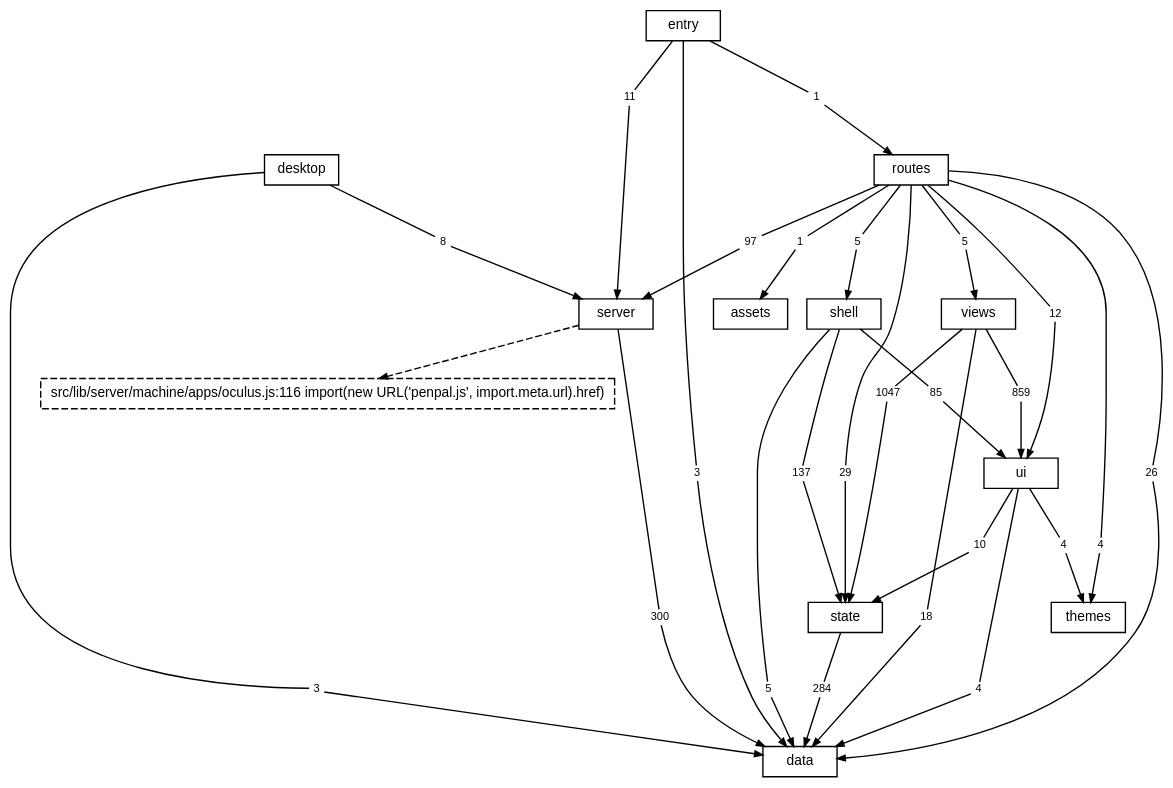
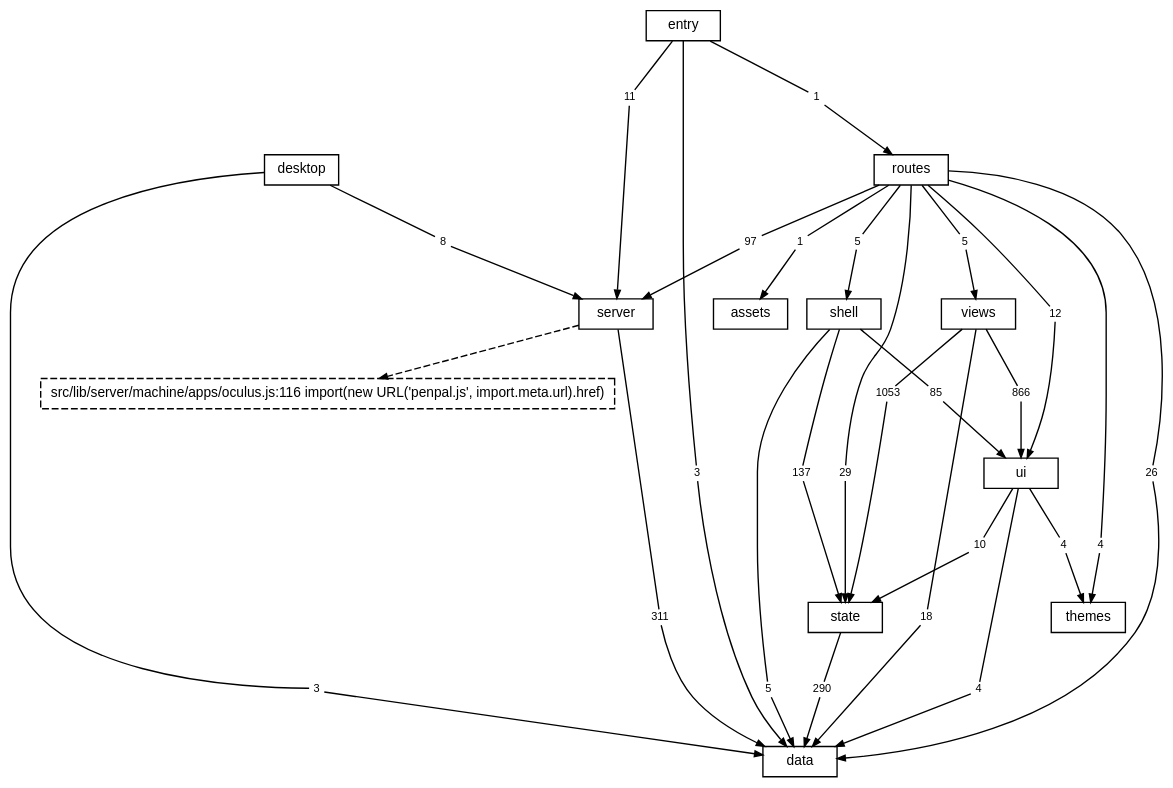
Before and after one commit to TheAxeC/oculus: the diagram in docs/diagrams/layers.dot, drawn with Graphviz. The commit also changed 108 other files, not shown here.

```diff
--- a/docs/diagrams/layers.dot
+++ b/docs/diagrams/layers.dot
@@ -1,90 +1,90 @@
 digraph layers {
     graph [bgcolor="transparent", rankdir=TB, newrank=true, fontname="Helvetica,Arial,sans-serif", fontsize=12, nodesep=0.2, ranksep=0.5];
     node [shape=box, color="black", fontcolor="black", fontname="Helvetica,Arial,sans-serif", fontsize=10, height=0.3, margin="0.12,0.04"];
     edge [color="black", fontcolor="black", fontname="Helvetica,Arial,sans-serif", fontsize=8, arrowsize=0.6];
     "data";
     "server";
     "state";
     "ui";
     "shell";
     "views";
     "themes";
     "routes";
     "desktop";
     "src" [label="entry"];
     "files: assets" [label="assets"];
     "? src/lib/server/machine/apps/oculus.js:116" [label="src/lib/server/machine/apps/oculus.js:116 import(new URL('penpal.js', import.meta.url).href)", style=dashed];
     "desktop to data" [label="3", shape=box, color="transparent", fontsize=8, width=0, height=0, margin="0.04,0.02"];
     "desktop" -> "desktop to data" [arrowhead=none];
     "desktop to data" -> "data" [];
     "desktop to server" [label="8", shape=box, color="transparent", fontsize=8, width=0, height=0, margin="0.04,0.02"];
     "desktop" -> "desktop to server" [arrowhead=none];
     "desktop to server" -> "server" [];
     "routes to data" [label="26", shape=box, color="transparent", fontsize=8, width=0, height=0, margin="0.04,0.02"];
     "routes" -> "routes to data" [arrowhead=none];
     "routes to data" -> "data" [];
     "routes to files: assets" [label="1", shape=box, color="transparent", fontsize=8, width=0, height=0, margin="0.04,0.02"];
     "routes" -> "routes to files: assets" [arrowhead=none];
     "routes to files: assets" -> "files: assets" [];
     "routes to server" [label="97", shape=box, color="transparent", fontsize=8, width=0, height=0, margin="0.04,0.02"];
     "routes" -> "routes to server" [arrowhead=none];
     "routes to server" -> "server" [];
     "routes to shell" [label="5", shape=box, color="transparent", fontsize=8, width=0, height=0, margin="0.04,0.02"];
     "routes" -> "routes to shell" [arrowhead=none];
     "routes to shell" -> "shell" [];
     "routes to state" [label="29", shape=box, color="transparent", fontsize=8, width=0, height=0, margin="0.04,0.02"];
     "routes" -> "routes to state" [arrowhead=none];
     "routes to state" -> "state" [];
     "routes to themes" [label="4", shape=box, color="transparent", fontsize=8, width=0, height=0, margin="0.04,0.02"];
     "routes" -> "routes to themes" [arrowhead=none];
     "routes to themes" -> "themes" [];
     "routes to ui" [label="12", shape=box, color="transparent", fontsize=8, width=0, height=0, margin="0.04,0.02"];
     "routes" -> "routes to ui" [arrowhead=none];
     "routes to ui" -> "ui" [];
     "routes to views" [label="5", shape=box, color="transparent", fontsize=8, width=0, height=0, margin="0.04,0.02"];
     "routes" -> "routes to views" [arrowhead=none];
     "routes to views" -> "views" [];
-    "server to data" [label="300", shape=box, color="transparent", fontsize=8, width=0, height=0, margin="0.04,0.02"];
+    "server to data" [label="311", shape=box, color="transparent", fontsize=8, width=0, height=0, margin="0.04,0.02"];
     "server" -> "server to data" [arrowhead=none];
     "server to data" -> "data" [];
     "shell to data" [label="5", shape=box, color="transparent", fontsize=8, width=0, height=0, margin="0.04,0.02"];
     "shell" -> "shell to data" [arrowhead=none];
     "shell to data" -> "data" [];
     "shell to state" [label="137", shape=box, color="transparent", fontsize=8, width=0, height=0, margin="0.04,0.02"];
     "shell" -> "shell to state" [arrowhead=none];
     "shell to state" -> "state" [];
     "shell to ui" [label="85", shape=box, color="transparent", fontsize=8, width=0, height=0, margin="0.04,0.02"];
     "shell" -> "shell to ui" [arrowhead=none];
     "shell to ui" -> "ui" [];
     "src to data" [label="3", shape=box, color="transparent", fontsize=8, width=0, height=0, margin="0.04,0.02"];
     "src" -> "src to data" [arrowhead=none];
     "src to data" -> "data" [];
     "src to routes" [label="1", shape=box, color="transparent", fontsize=8, width=0, height=0, margin="0.04,0.02"];
     "src" -> "src to routes" [arrowhead=none];
     "src to routes" -> "routes" [];
     "src to server" [label="11", shape=box, color="transparent", fontsize=8, width=0, height=0, margin="0.04,0.02"];
     "src" -> "src to server" [arrowhead=none];
     "src to server" -> "server" [];
-    "state to data" [label="284", shape=box, color="transparent", fontsize=8, width=0, height=0, margin="0.04,0.02"];
+    "state to data" [label="290", shape=box, color="transparent", fontsize=8, width=0, height=0, margin="0.04,0.02"];
     "state" -> "state to data" [arrowhead=none];
     "state to data" -> "data" [];
     "ui to data" [label="4", shape=box, color="transparent", fontsize=8, width=0, height=0, margin="0.04,0.02"];
     "ui" -> "ui to data" [arrowhead=none];
     "ui to data" -> "data" [];
     "ui to state" [label="10", shape=box, color="transparent", fontsize=8, width=0, height=0, margin="0.04,0.02"];
     "ui" -> "ui to state" [arrowhead=none];
     "ui to state" -> "state" [];
     "ui to themes" [label="4", shape=box, color="transparent", fontsize=8, width=0, height=0, margin="0.04,0.02"];
     "ui" -> "ui to themes" [arrowhead=none];
     "ui to themes" -> "themes" [];
     "views to data" [label="18", shape=box, color="transparent", fontsize=8, width=0, height=0, margin="0.04,0.02"];
     "views" -> "views to data" [arrowhead=none];
     "views to data" -> "data" [];
-    "views to state" [label="1047", shape=box, color="transparent", fontsize=8, width=0, height=0, margin="0.04,0.02"];
+    "views to state" [label="1053", shape=box, color="transparent", fontsize=8, width=0, height=0, margin="0.04,0.02"];
     "views" -> "views to state" [arrowhead=none];
     "views to state" -> "state" [];
-    "views to ui" [label="859", shape=box, color="transparent", fontsize=8, width=0, height=0, margin="0.04,0.02"];
+    "views to ui" [label="866", shape=box, color="transparent", fontsize=8, width=0, height=0, margin="0.04,0.02"];
     "views" -> "views to ui" [arrowhead=none];
     "views to ui" -> "ui" [];
     "server" -> "? src/lib/server/machine/apps/oculus.js:116" [style=dashed];
 }
```
